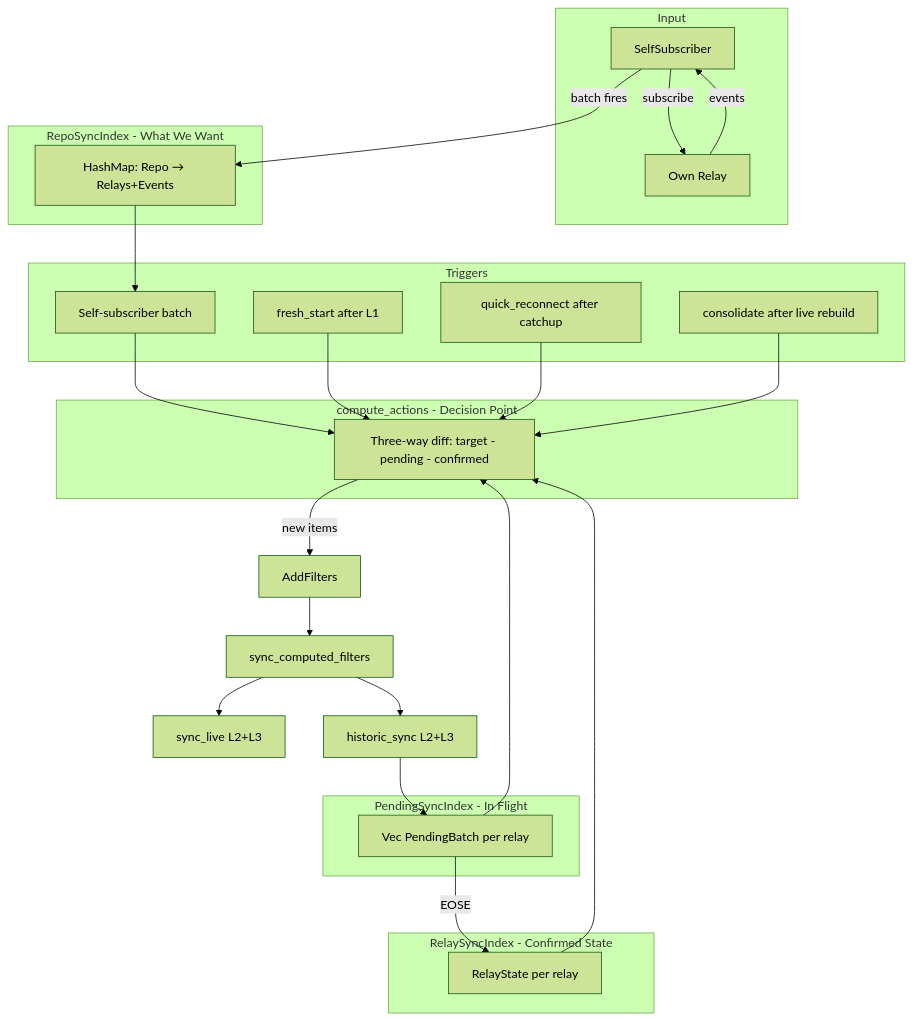
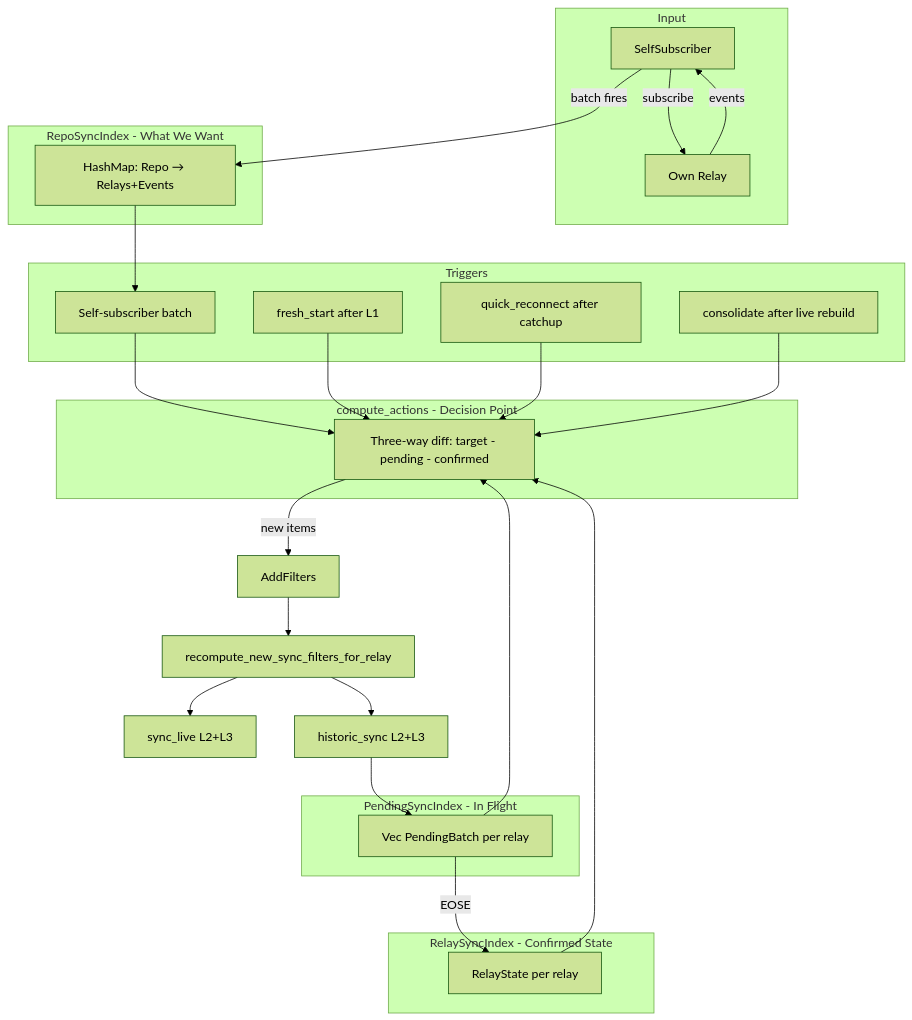
One commit to Pleb5/ngit-grasp changed diagram 12 of 12 in docs/explanation/grasp-02-proactive-sync.md. Above: the diagram before and after it, drawn with Mermaid (forest theme). The commit also changed other lines of this file, not shown here.

Commit message:
docs: sync updates to reflect changes

````diff
--- a/docs/explanation/grasp-02-proactive-sync.md
+++ b/docs/explanation/grasp-02-proactive-sync.md
@@ -764,47 +817,47 @@
 ```mermaid
 flowchart TB
     subgraph Input
         SS[SelfSubscriber]
         OWN[Own Relay]
     end
 
     subgraph RepoSyncIndex - What We Want
         RSI[HashMap: Repo → Relays+Events]
     end
 
     subgraph Triggers
         T1[Self-subscriber batch]
         T2[fresh_start after L1]
         T3[quick_reconnect after catchup]
         T4[consolidate after live rebuild]
     end
 
     subgraph compute_actions - Decision Point
         CA[Three-way diff: target - pending - confirmed]
     end
 
     subgraph PendingSyncIndex - In Flight
         PSI[Vec PendingBatch per relay]
     end
 
     subgraph RelaySyncIndex - Confirmed State
         RLI[RelayState per relay]
     end
 
     SS -->|subscribe| OWN
     OWN -->|events| SS
     SS -->|batch fires| RSI
     RSI --> T1
     T1 --> CA
     T2 --> CA
     T3 --> CA
     T4 --> CA
     PSI --> CA
     RLI --> CA
     CA -->|new items| AF[AddFilters]
-    AF --> SFRE[sync_computed_filters]
+    AF --> SFRE[recompute_new_sync_filters_for_relay]
     SFRE --> LIVE[sync_live L2+L3]
     SFRE --> HIST[historic_sync L2+L3]
     HIST --> PSI
     PSI -->|EOSE| RLI
 ```
````
